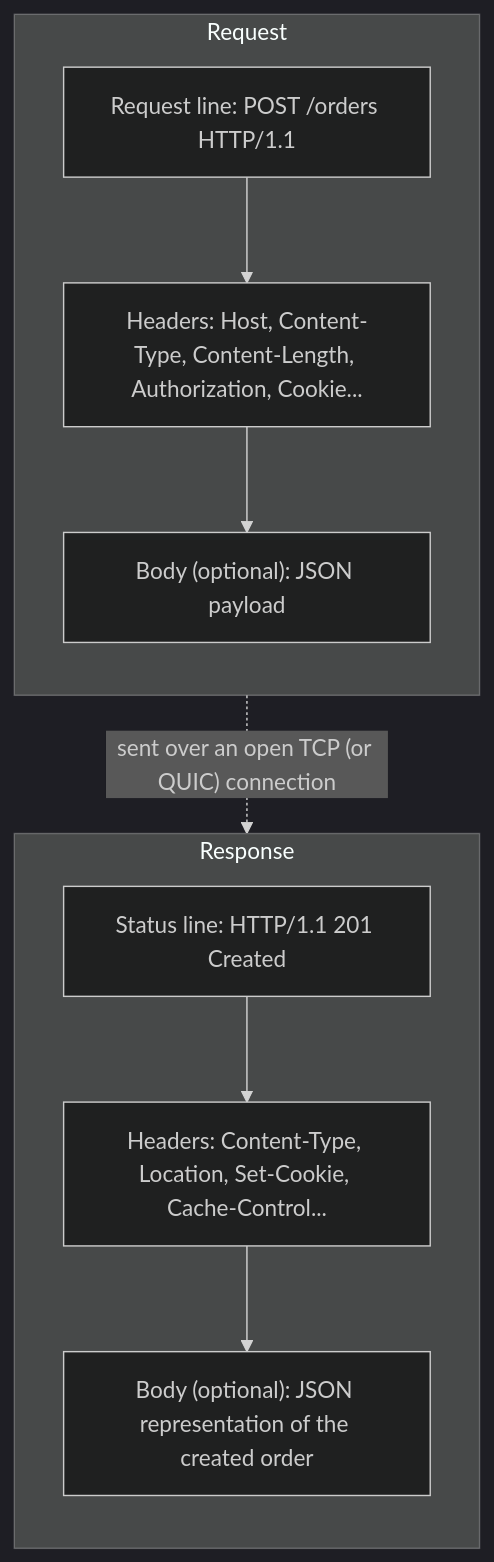
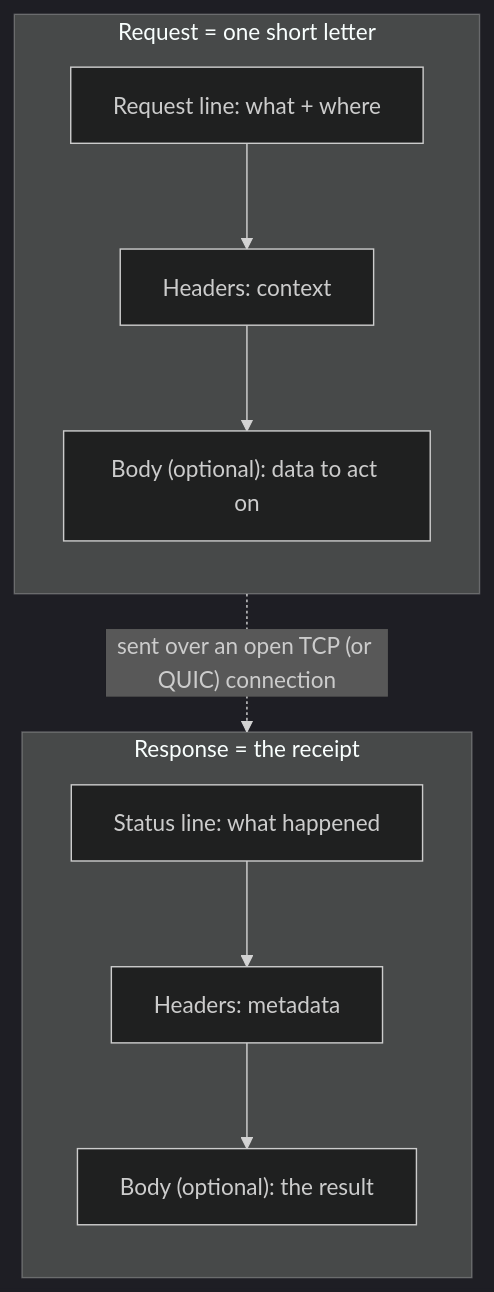
The second of 6 diagrams in 02 Networking & Web/HTTP Fundamentals - Methods, Status Codes, Headers, Cookies.md (PriyanshuMidha/System_Design_notes), drawn with Mermaid (dark theme) before and after one commit. The commit also changed other lines of this file and 215 other files, not shown here.

````diff
--- a/02 Networking & Web/HTTP Fundamentals - Methods, Status Codes, Headers, Cookies.md
+++ b/02 Networking & Web/HTTP Fundamentals - Methods, Status Codes, Headers, Cookies.md
@@ -42,18 +53,18 @@
 ```mermaid
 flowchart TB
-    subgraph req["Request"]
+    subgraph req["Request = one short letter"]
         direction TB
-        rl["Request line: POST /orders HTTP/1.1"]
-        rh["Headers: Host, Content-Type, Content-Length, Authorization, Cookie..."]
-        rb["Body (optional): JSON payload"]
+        rl["Request line: what + where"]
+        rh["Headers: context"]
+        rb["Body (optional): data to act on"]
         rl --> rh --> rb
     end
-    subgraph resp["Response"]
+    subgraph resp["Response = the receipt"]
         direction TB
-        sl["Status line: HTTP/1.1 201 Created"]
-        sh["Headers: Content-Type, Location, Set-Cookie, Cache-Control..."]
-        sb["Body (optional): JSON representation of the created order"]
+        sl["Status line: what happened"]
+        sh["Headers: metadata"]
+        sb["Body (optional): the result"]
         sl --> sh --> sb
     end
     req -. "sent over an open TCP (or QUIC) connection" .-> resp
 ```
````
